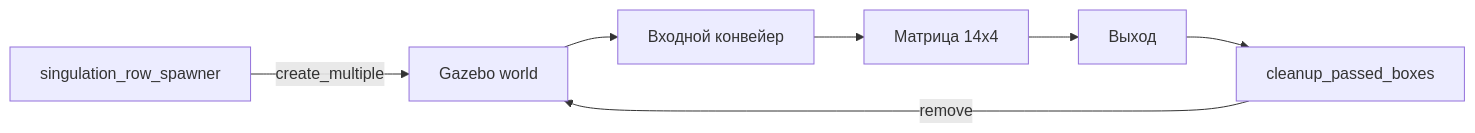
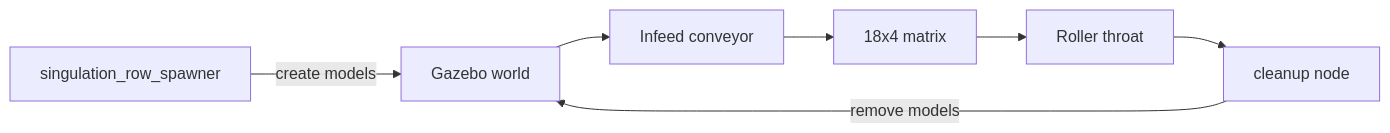
Before and after one commit to MAKSytka/digital_twin_convey: the fourth of 7 diagrams in docs/ARCHITECTURE.md, drawn with Mermaid. The commit also changed other lines of this file and 34 other files, not shown here.

````diff
--- a/docs/ARCHITECTURE.md
+++ b/docs/ARCHITECTURE.md
@@ -39,9 +85,16 @@
 ```mermaid
 flowchart LR
-    S[singulation_row_spawner] -->|create_multiple| W[Gazebo world]
-    W --> I[Входной конвейер]
-    I --> M[Матрица 14x4]
-    M --> O[Выход]
-    O --> C[cleanup_passed_boxes]
-    C -->|remove| W
+    SPAWN[singulation_row_spawner]
+    WORLD[Gazebo world]
+    IN[Infeed conveyor]
+    MATRIX[18x4 matrix]
+    THROAT[Roller throat]
+    CLEAN[cleanup node]
+
+    SPAWN -->|create models| WORLD
+    WORLD --> IN
+    IN --> MATRIX
+    MATRIX --> THROAT
+    THROAT --> CLEAN
+    CLEAN -->|remove models| WORLD
 ```
````
